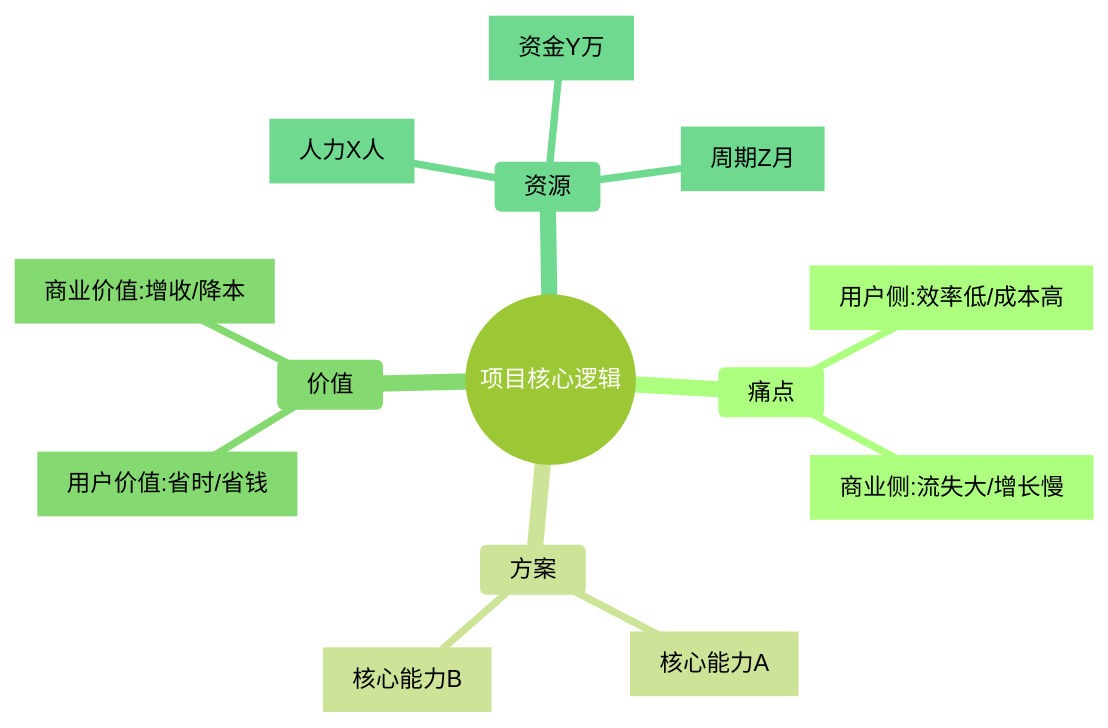
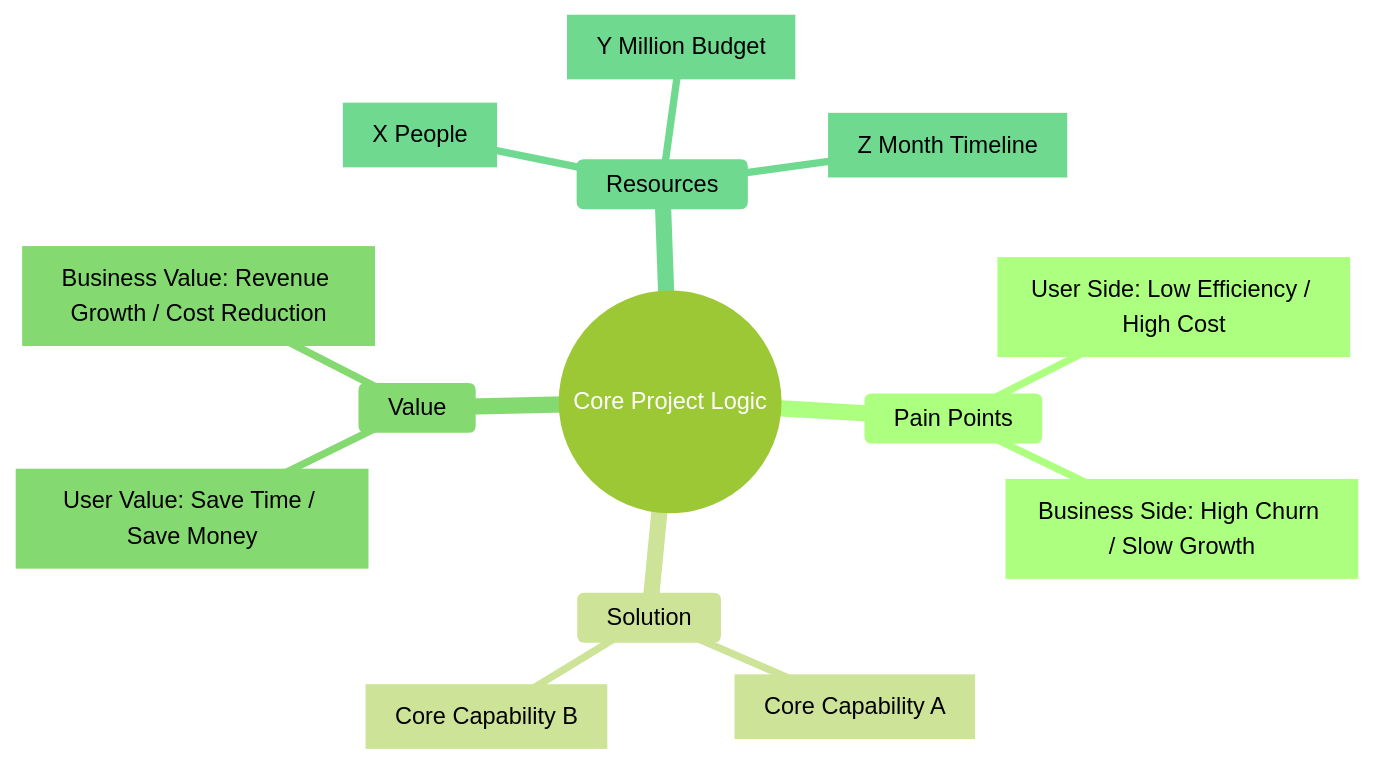
The first of 9 diagrams in templates/产品/战略层/【模板】商业需求文档.md (Kirky-X/cangjie), drawn with Mermaid (forest theme) before and after one commit. The commit also changed other lines of this file and 46 other files, not shown here.

````diff
--- a/templates/产品/战略层/【模板】商业需求文档.md
+++ b/templates/产品/战略层/【模板】商业需求文档.md
@@ -57,17 +57,17 @@
 ```mermaid
 mindmap
-  root((项目核心逻辑))
-    痛点
-      [用户侧:效率低/成本高]
-      [商业侧:流失大/增长慢]
-    方案
-      [核心能力A]
-      [核心能力B]
-    价值
-      [用户价值:省时/省钱]
-      [商业价值:增收/降本]
-    资源
-      [人力X人]
-      [资金Y万]
-      [周期Z月]
+  root((Core Project Logic))
+    Pain Points
+      [User Side: Low Efficiency / High Cost]
+      [Business Side: High Churn / Slow Growth]
+    Solution
+      [Core Capability A]
+      [Core Capability B]
+    Value
+      [User Value: Save Time / Save Money]
+      [Business Value: Revenue Growth / Cost Reduction]
+    Resources
+      [X People]
+      [Y Million Budget]
+      [Z Month Timeline]
 ```
````
